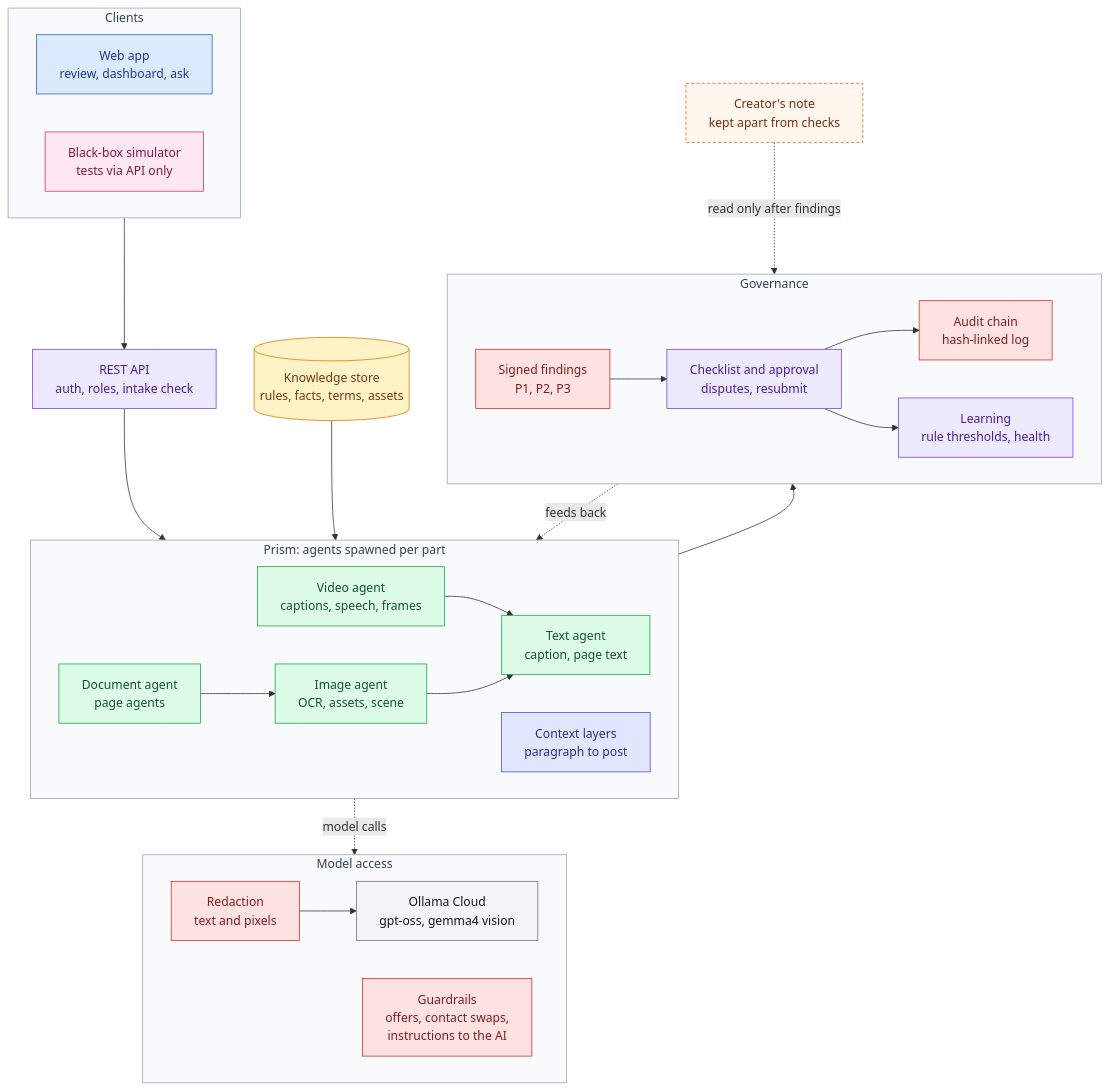
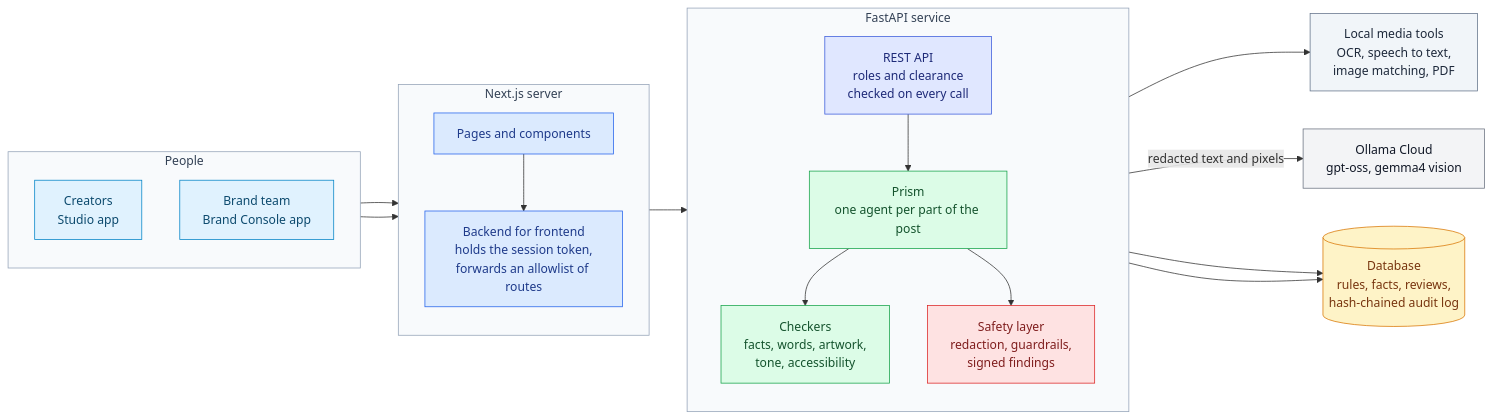
The second of 3 diagrams in README.md (varadarajjborkar/verytas), drawn with Mermaid before and after one commit. The commit also changed other lines of this file and 3 other files, not shown here.

Commit message:
docs: a README a newcomer can follow, with the logo, a demo path, architecture and system design

````diff
--- a/README.md
+++ b/README.md
@@ -44,64 +76,44 @@
 ```mermaid
-flowchart TB
-    subgraph Clients
-        direction LR
-        UI["Web app<br/>review, dashboard, ask"]:::client
-        BB["Black-box simulator<br/>tests via API only"]:::sim
+flowchart LR
+    subgraph People
+        direction TB
+        CR["Creators<br/>Studio app"]:::client
+        BT["Brand team<br/>Brand Console app"]:::client
     end
 
-    API["REST API<br/>auth, roles, intake check"]:::api
-    DB[("Knowledge store<br/>rules, facts, terms, assets")]:::data
-    NOTE["Creator's note<br/>kept apart from checks"]:::note
-
-    subgraph Pipeline["Prism: agents spawned per part"]
-        direction LR
-        TXT["Text agent<br/>caption, page text"]:::check
-        IMG["Image agent<br/>OCR, assets, scene"]:::check
-        DOC["Document agent<br/>page agents"]:::check
-        VID["Video agent<br/>captions, speech, frames"]:::check
-        ONION["Context layers<br/>paragraph to post"]:::core
-        DOC --> IMG
-        VID --> TXT
-        IMG --> TXT
+    subgraph Web["Next.js server"]
+        direction TB
+        UI["Pages and components"]:::web
+        BFF["Backend for frontend<br/>holds the session token,<br/>forwards an allowlist of routes"]:::web
     end
 
-    subgraph Models["Model access"]
-        direction LR
-        RED["Redaction<br/>text and pixels"]:::sec
-    GRD["Guardrails<br/>offers, contact swaps,<br/>instructions to the AI"]:::sec
-        LLM["Ollama Cloud<br/>gpt-oss, gemma4 vision"]:::ext
-        RED --> LLM
+    subgraph Backend["FastAPI service"]
+        direction TB
+        API["REST API<br/>roles and clearance<br/>checked on every call"]:::api
+        PRISM["Prism<br/>one agent per part of the post"]:::core
+        CHECKS["Checkers<br/>facts, words, artwork,<br/>tone, accessibility"]:::core
+        GUARD["Safety layer<br/>redaction, guardrails,<br/>signed findings"]:::sec
     end
 
-    subgraph Governance
-        direction LR
-        SIG["Signed findings<br/>P1, P2, P3"]:::sec
-        FLOW["Checklist and approval<br/>disputes, resubmit"]:::api
-        AUD["Audit chain<br/>hash-linked log"]:::sec
-        LEARN["Learning<br/>rule thresholds, health"]:::api
-        SIG --> FLOW --> AUD
-        FLOW --> LEARN
-    end
+    LOCAL["Local media tools<br/>OCR, speech to text,<br/>image matching, PDF"]:::local
+    MODELS["Ollama Cloud<br/>gpt-oss, gemma4 vision"]:::ext
+    DB[("Database<br/>rules, facts, reviews,<br/>hash-chained audit log")]:::data
 
-    Clients --> API --> Pipeline
-    DB --> Pipeline
-    Pipeline -. "model calls" .-> Models
-    Pipeline --> Governance
-    NOTE -. "read only after findings" .-> Governance
-    LEARN -. "feeds back" .-> Pipeline
+    CR & BT --> UI --> BFF --> API --> PRISM
+    PRISM --> CHECKS
+    PRISM --> LOCAL
+    PRISM --> GUARD -- "redacted text and pixels" --> MODELS
+    API & PRISM --> DB
 
-    style Clients fill:#f8fafc,stroke:#94a3b8,color:#334155
-    style Pipeline fill:#f8fafc,stroke:#94a3b8,color:#334155
-    style Models fill:#f8fafc,stroke:#94a3b8,color:#334155
-    style Governance fill:#f8fafc,stroke:#94a3b8,color:#334155
-
-    classDef client fill:#dbeafe,stroke:#2563eb,color:#1e3a8a
-    classDef sim fill:#fce7f3,stroke:#db2777,color:#831843
-    classDef api fill:#ede9fe,stroke:#7c3aed,color:#4c1d95
-    classDef core fill:#e0e7ff,stroke:#4f46e5,color:#312e81
-    classDef check fill:#dcfce7,stroke:#16a34a,color:#14532d
+    style People fill:#f8fafc,stroke:#94a3b8,color:#334155
+    style Web fill:#f8fafc,stroke:#94a3b8,color:#334155
+    style Backend fill:#f8fafc,stroke:#94a3b8,color:#334155
+    classDef client fill:#e0f2fe,stroke:#0284c7,color:#0c4a6e
+    classDef web fill:#dbeafe,stroke:#2563eb,color:#1e3a8a
+    classDef api fill:#e0e7ff,stroke:#3b5bdb,color:#1e2a78
+    classDef core fill:#dcfce7,stroke:#16a34a,color:#14532d
     classDef sec fill:#fee2e2,stroke:#dc2626,color:#7f1d1d
+    classDef local fill:#f1f5f9,stroke:#64748b,color:#1e293b
+    classDef ext fill:#f3f4f6,stroke:#6b7280,color:#111827
     classDef data fill:#fef3c7,stroke:#d97706,color:#78350f
-    classDef ext fill:#f3f4f6,stroke:#6b7280,color:#111827
-    classDef note fill:#fff7ed,stroke:#ea580c,color:#7c2d12,stroke-dasharray: 4 3
 ```
````
